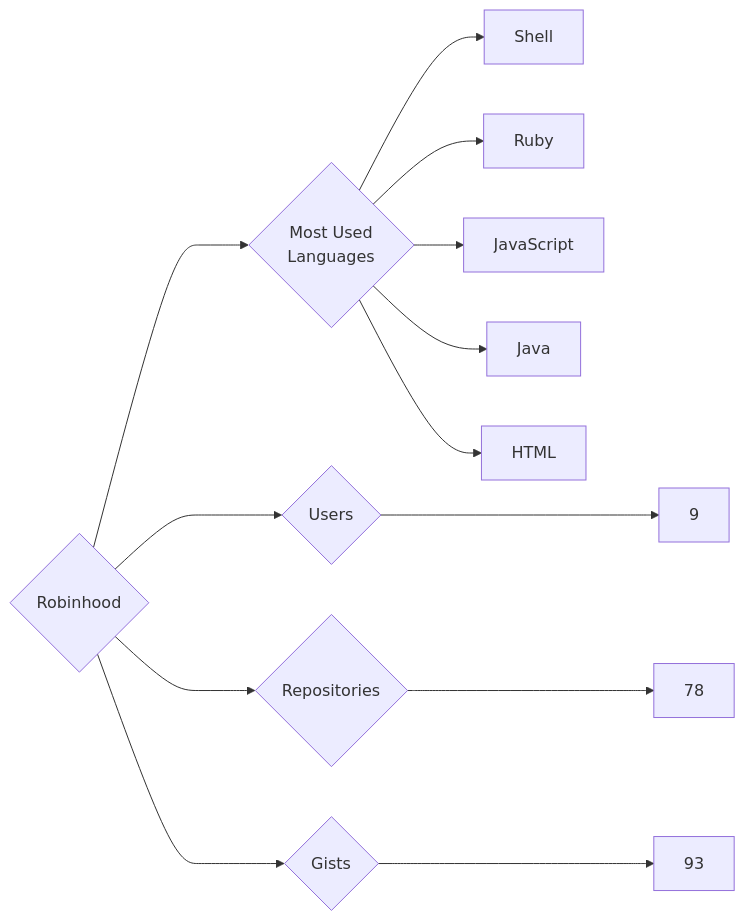
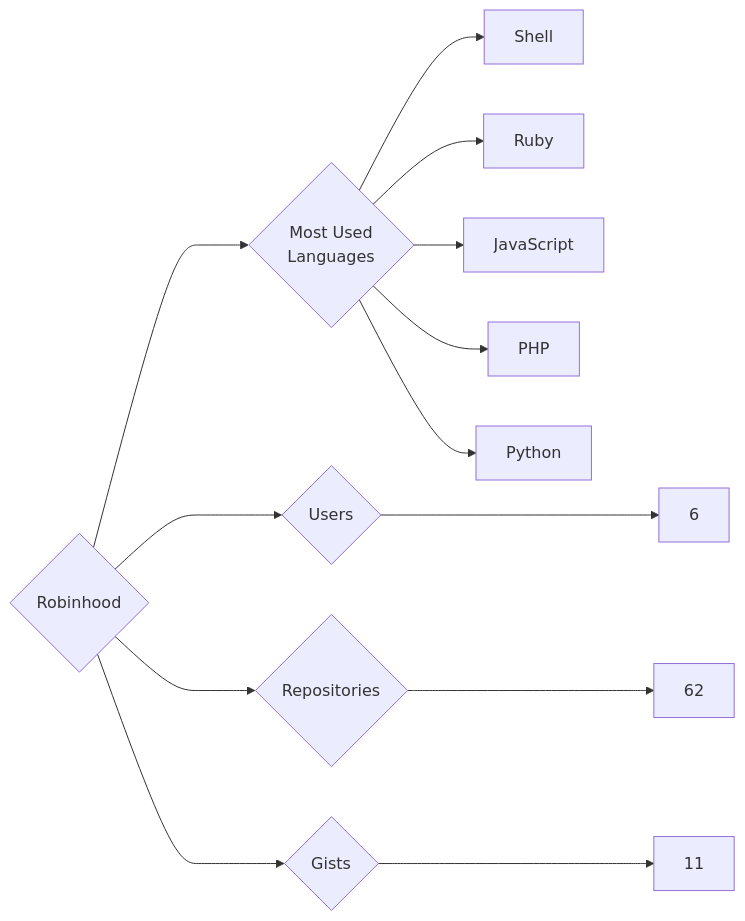
The diagram in targets/Robinhood/README.md (trickest/insiders), drawn with Mermaid before and after one commit. The commit also changed 1496 other files, not shown here.

````diff
--- a/targets/Robinhood/README.md
+++ b/targets/Robinhood/README.md
@@ -3,13 +3,13 @@
 ```mermaid
 graph LR
 COMPANY_NAME{Robinhood}
-COMPANY_NAME ---> U{Users} ---> UN[9]
-COMPANY_NAME ---> R{Repositories} ---> RN[78]
-COMPANY_NAME ---> G{Gists} ---> GN[93]
+COMPANY_NAME ---> U{Users} ---> UN[6]
+COMPANY_NAME ---> R{Repositories} ---> RN[62]
+COMPANY_NAME ---> G{Gists} ---> GN[11]
 COMPANY_NAME ---> ML{Most Used<br>Languages}
 ML --> Shell[Shell]
 ML --> Ruby[Ruby]
 ML --> JavaScript[JavaScript]
-ML --> Java[Java]
-ML --> HTML[HTML]
+ML --> PHP[PHP]
+ML --> Python[Python]
 ```
````
